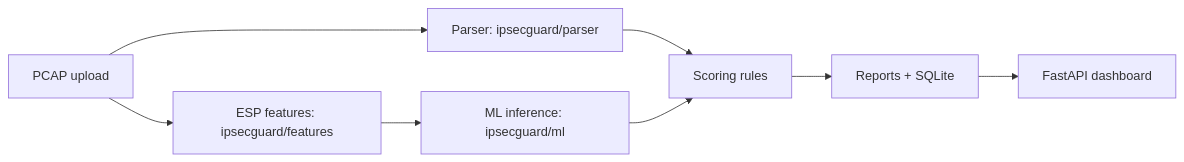
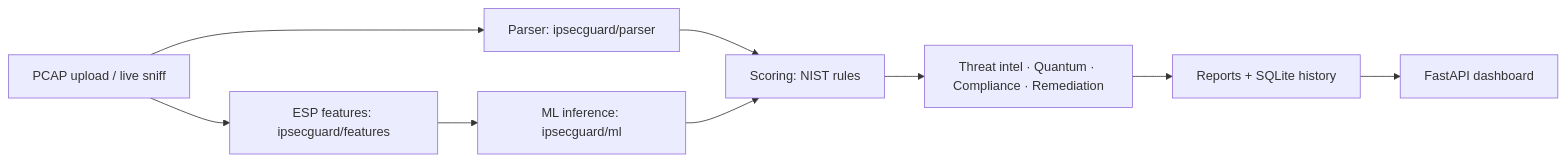
Before and after one commit to aashrithsumukh-ui/ipsec-vpn-prototype: the diagram in README.md, drawn with Mermaid. The commit also changed other lines of this file, not shown here.

````diff
--- a/README.md
+++ b/README.md
@@ -13,10 +13,11 @@
 ```mermaid
 flowchart LR
-    A[PCAP upload] --> B[Parser: ipsecguard/parser]
+    A[PCAP upload / live sniff] --> B[Parser: ipsecguard/parser]
     A --> C[ESP features: ipsecguard/features]
     C --> D[ML inference: ipsecguard/ml]
-    B --> E[Scoring rules]
+    B --> E[Scoring: NIST rules]
     D --> E
-    E --> F[Reports + SQLite]
-    F --> G[FastAPI dashboard]
+    E --> F[Threat intel · Quantum · Compliance · Remediation]
+    F --> G[Reports + SQLite history]
+    G --> H[FastAPI dashboard]
 ```
````
